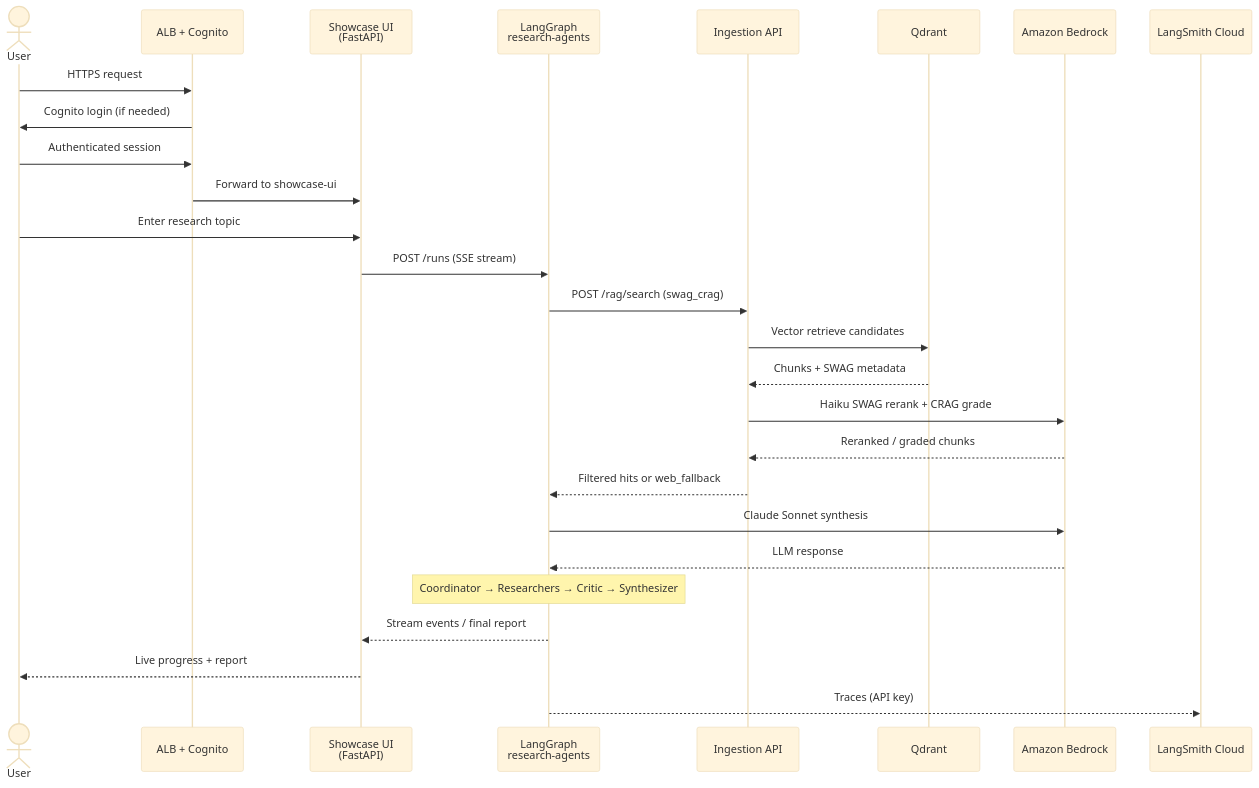
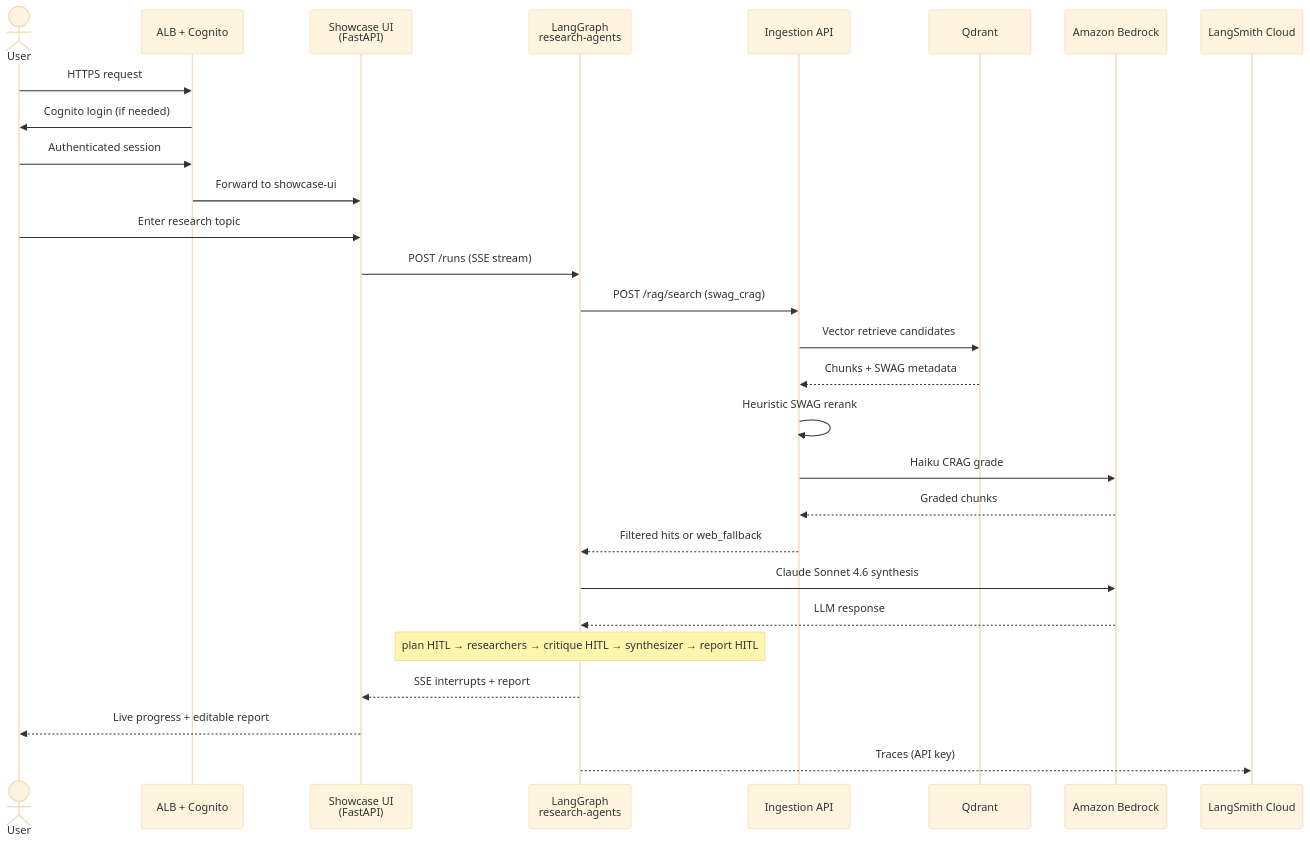
The third of 7 diagrams in docs/ARCHITECTURE_DIAGRAM.md (emguru/langrag), drawn with Mermaid (base theme) before and after one commit. The commit also changed other lines of this file and 42 other files, not shown here.

First line of the commit message:
Document SWAG eval pipeline, HITL research flow, and demo tooling.

````diff
--- a/docs/ARCHITECTURE_DIAGRAM.md
+++ b/docs/ARCHITECTURE_DIAGRAM.md
@@ -133,30 +144,31 @@
 ```mermaid
 sequenceDiagram
   actor User
   participant ALB as ALB + Cognito
   participant UI as Showcase UI<br/>(FastAPI)
   participant LG as LangGraph<br/>research-agents
   participant Ing as Ingestion API
   participant Q as Qdrant
   participant BR as Amazon Bedrock
   participant LS as LangSmith Cloud
 
   User->>ALB: HTTPS request
   ALB->>User: Cognito login (if needed)
   User->>ALB: Authenticated session
   ALB->>UI: Forward to showcase-ui
   User->>UI: Enter research topic
   UI->>LG: POST /runs (SSE stream)
   LG->>Ing: POST /rag/search (swag_crag)
   Ing->>Q: Vector retrieve candidates
   Q-->>Ing: Chunks + SWAG metadata
-  Ing->>BR: Haiku SWAG rerank + CRAG grade
-  BR-->>Ing: Reranked / graded chunks
+  Ing->>Ing: Heuristic SWAG rerank
+  Ing->>BR: Haiku CRAG grade
+  BR-->>Ing: Graded chunks
   Ing-->>LG: Filtered hits or web_fallback
-  LG->>BR: Claude Sonnet synthesis
+  LG->>BR: Claude Sonnet 4.6 synthesis
   BR-->>LG: LLM response
-  Note over LG: Coordinator → Researchers → Critic → Synthesizer
-  LG-->>UI: Stream events / final report
-  UI-->>User: Live progress + report
+  Note over LG: plan HITL → researchers → critique HITL → synthesizer → report HITL
+  LG-->>UI: SSE interrupts + report
+  UI-->>User: Live progress + editable report
   LG-->>LS: Traces (API key)
 ```
````
